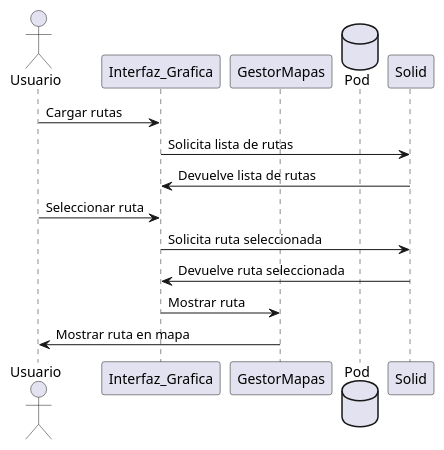
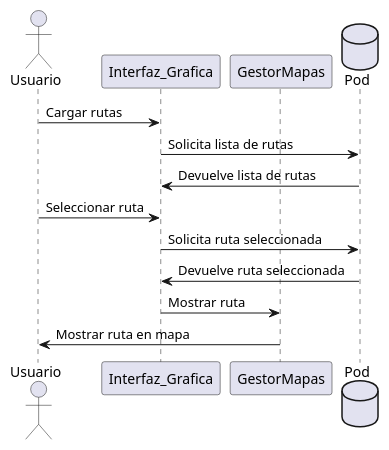
Before and after one commit to Arquisoft/viade_es1a: the third of 4 diagrams in src/docs/06_runtime_view.adoc, drawn with PlantUML.

Commit message:
Solucionado error en el diagrama 6.3

```diff
--- a/src/docs/06_runtime_view.adoc
+++ b/src/docs/06_runtime_view.adoc
@@ -46,22 +46,22 @@
 [plantuml,ver ruta,png]
 ----
 @startuml
 
 actor Usuario
 participant Interfaz_Grafica
 participant GestorMapas
 database Pod
 
 
 Usuario -> Interfaz_Grafica:Cargar rutas
-Interfaz_Grafica -> Solid:Solicita lista de rutas
-Solid -> Interfaz_Grafica:Devuelve lista de rutas
+Interfaz_Grafica -> Pod:Solicita lista de rutas
+Pod -> Interfaz_Grafica:Devuelve lista de rutas
 Usuario -> Interfaz_Grafica:Seleccionar ruta
-Interfaz_Grafica -> Solid:Solicita ruta seleccionada
-Solid -> Interfaz_Grafica:Devuelve ruta seleccionada
+Interfaz_Grafica -> Pod:Solicita ruta seleccionada
+Pod -> Interfaz_Grafica:Devuelve ruta seleccionada
 Interfaz_Grafica -> GestorMapas:Mostrar ruta
 
 GestorMapas -> Usuario:Mostrar ruta en mapa
 
 @enduml
 ----
```
